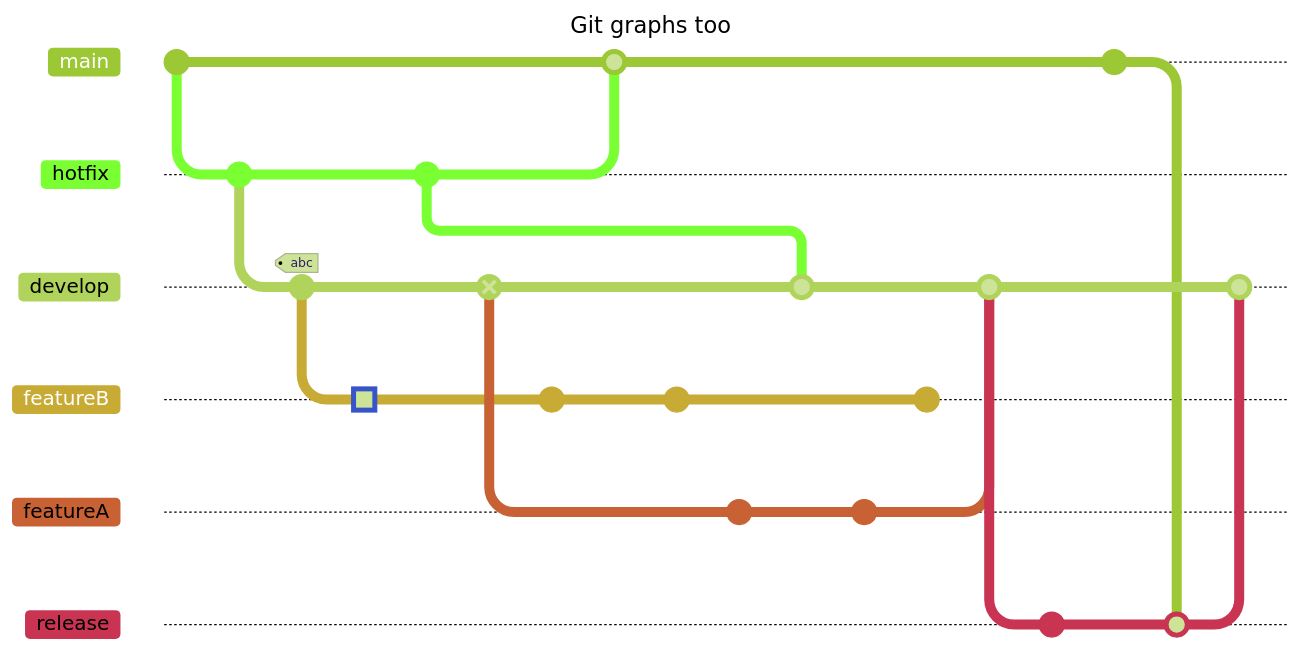
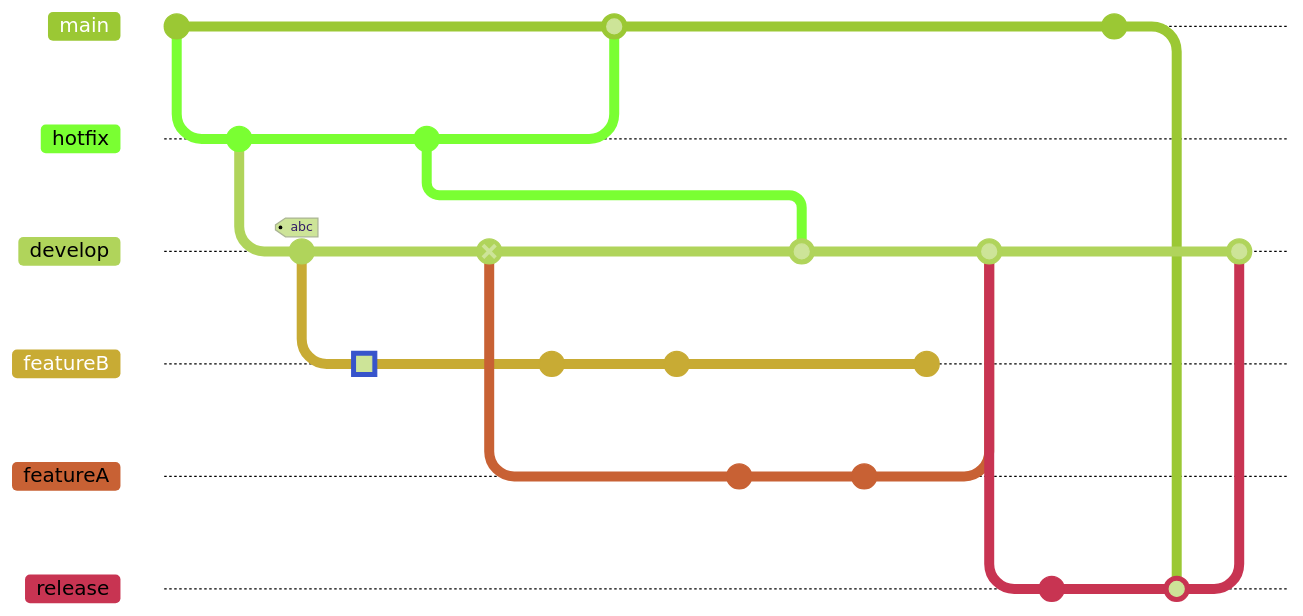
One commit to SilentVis/GoalsTracker changed the fourth of 4 diagrams in docs/index.md. Above: the diagram before and after it, drawn with Mermaid. The commit also changed other lines of this file, not shown here. Commit ids are hidden.

Commit message:
more mermaid

````diff
--- a/docs/index.md
+++ b/docs/index.md
@@ -63,48 +57,45 @@
 ```mermaid
----
-title: Git graphs too
----
 %%{init: { 'logLevel': 'debug', 'theme': 'forest' } }%%
       gitGraph
         commit
         branch hotfix
         checkout hotfix
         commit
         branch develop
         checkout develop
         commit id:"ash" tag:"abc"
         branch featureB
         checkout featureB
         commit type:HIGHLIGHT
         checkout main
         checkout hotfix
         commit type:NORMAL
         checkout develop
         commit type:REVERSE
         checkout featureB
         commit
         checkout main
         merge hotfix
         checkout featureB
         commit
         checkout develop
         branch featureA
         commit
         checkout develop
         merge hotfix
         checkout featureA
         commit
         checkout featureB
         commit
         checkout develop
         merge featureA
         branch release
         checkout release
         commit
         checkout main
         commit
         checkout release
         merge main
         checkout develop
         merge release
 ```
````
